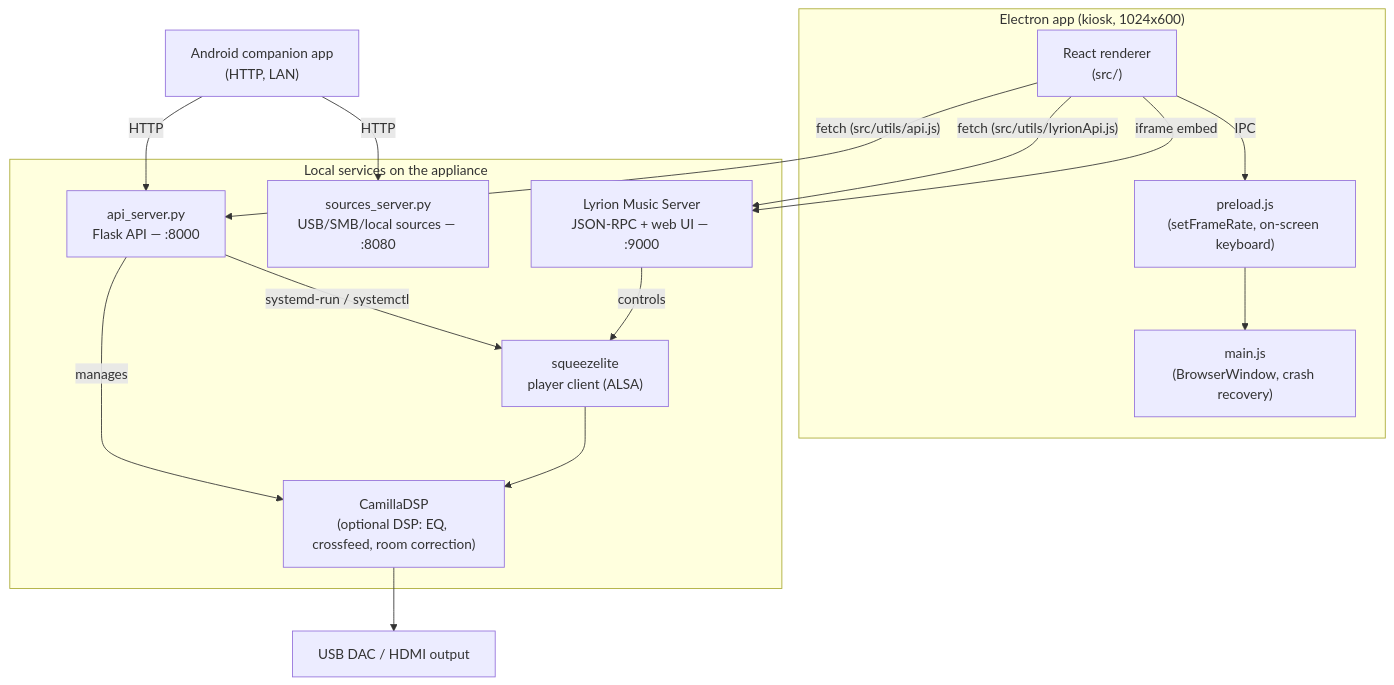
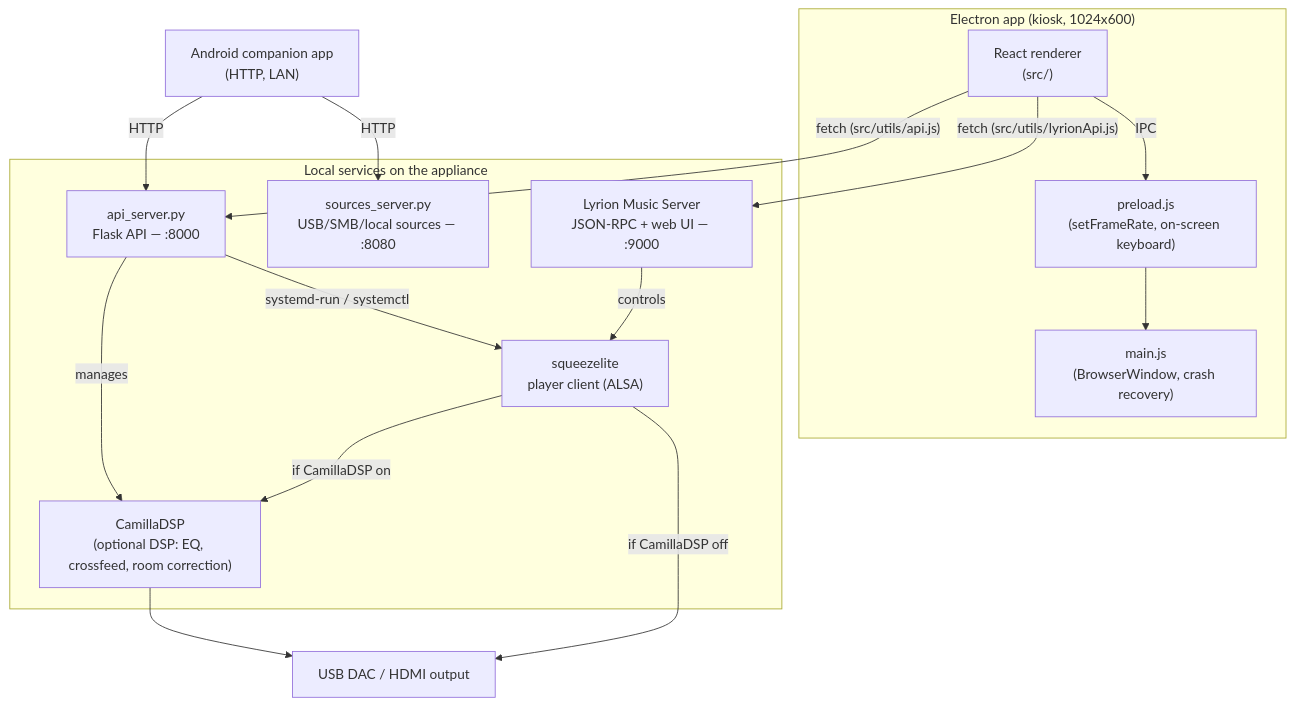
One commit to adri6412/osmium-sound changed the diagram in ARCHITECTURE.md. Above: the diagram before and after it, drawn with Mermaid. The commit also changed other lines of this file and 23 other files, not shown here.

````diff
--- a/ARCHITECTURE.md
+++ b/ARCHITECTURE.md
@@ -9,31 +9,31 @@
 ```mermaid
 flowchart TB
     subgraph UI["Electron app (kiosk, 1024x600)"]
         Renderer["React renderer\n(src/)"]
         Preload["preload.js\n(setFrameRate, on-screen keyboard)"]
         Main["main.js\n(BrowserWindow, crash recovery)"]
     end
 
     subgraph Local["Local services on the appliance"]
         Flask["api_server.py\nFlask API — :8000"]
         Sources["sources_server.py\nUSB/SMB/local sources — :8080"]
         Lyrion["Lyrion Music Server\nJSON-RPC + web UI — :9000"]
         Squeezelite["squeezelite\nplayer client (ALSA)"]
         Camilla["CamillaDSP\n(optional DSP: EQ, crossfeed, room correction)"]
     end
 
     DAC["USB DAC / HDMI output"]
     Phone["Android companion app\n(HTTP, LAN)"]
 
     Renderer -- IPC --> Preload
     Preload --> Main
     Renderer -- "fetch (src/utils/api.js)" --> Flask
     Renderer -- "fetch (src/utils/lyrionApi.js)" --> Lyrion
-    Renderer -- iframe embed --> Lyrion
     Flask -- systemd-run / systemctl --> Squeezelite
     Flask -- manages --> Camilla
     Lyrion -- controls --> Squeezelite
-    Squeezelite --> Camilla --> DAC
+    Squeezelite -- "if CamillaDSP on" --> Camilla --> DAC
+    Squeezelite -- "if CamillaDSP off" --> DAC
     Phone -- HTTP --> Flask
     Phone -- HTTP --> Sources
 ```
````
